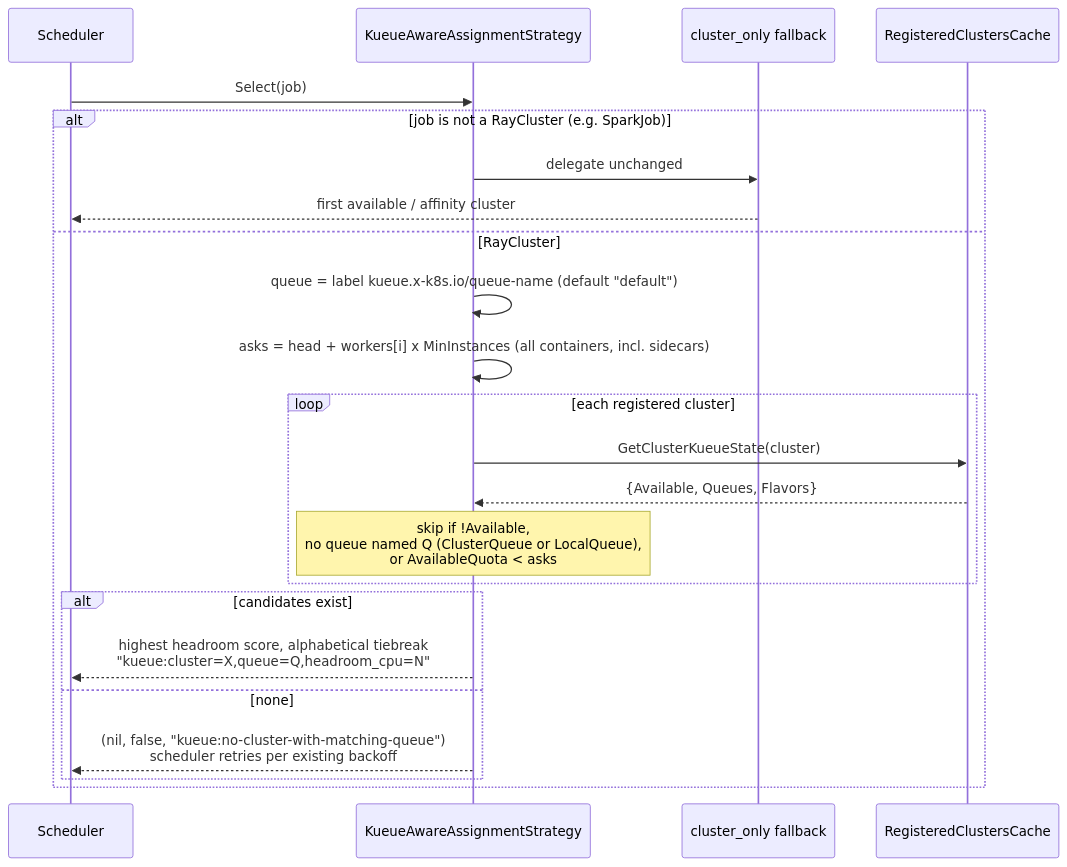
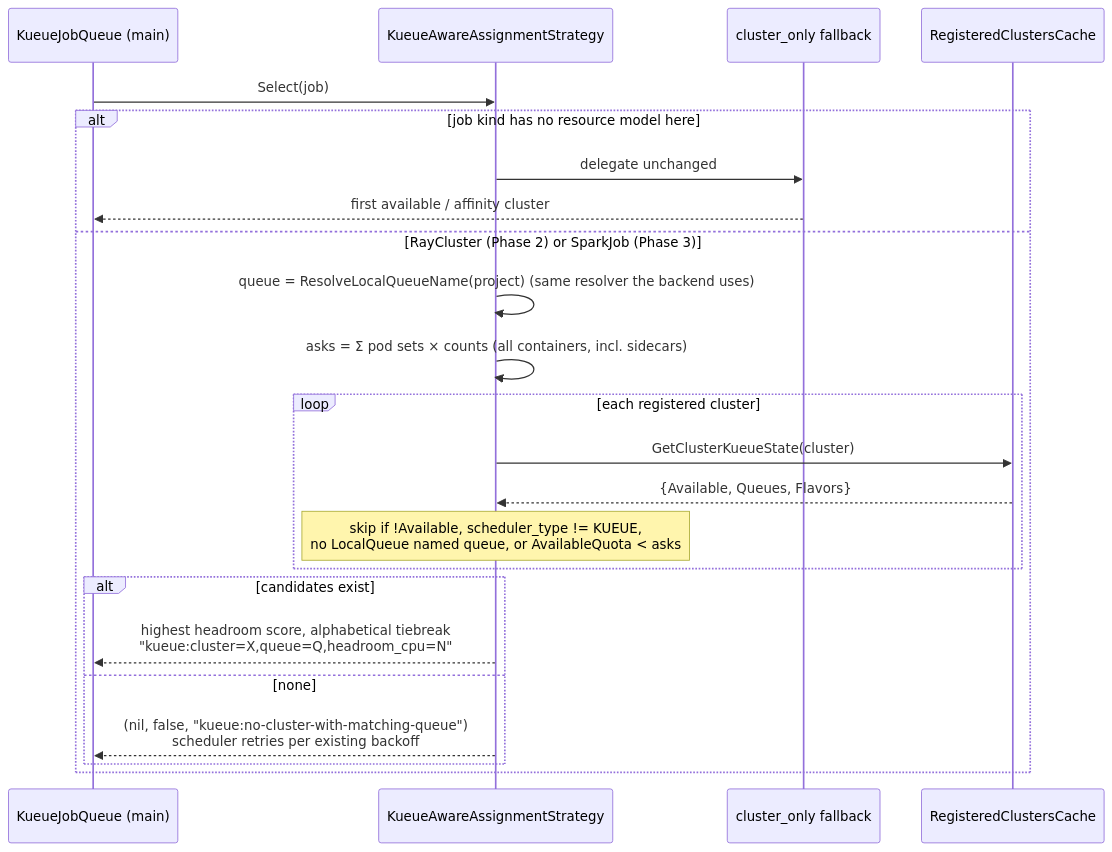
One commit to michelangelo-ai/enhancements changed the second of 2 diagrams in rfcs/20260731-kueue-integration/20260731-kueue-integration.md. Above: the diagram before and after it, drawn with Mermaid. The commit also changed other lines of this file, not shown here.

First line of the commit message:
rfc(kueue): reposition on the merged Kueue backend; add Spark and queue-object placement

````diff
--- a/rfcs/20260731-kueue-integration/20260731-kueue-integration.md
+++ b/rfcs/20260731-kueue-integration/20260731-kueue-integration.md
@@ -87,26 +135,26 @@
 ```mermaid
 sequenceDiagram
-    participant S as Scheduler
+    participant Q as KueueJobQueue (main)
     participant K as KueueAwareAssignmentStrategy
     participant F as cluster_only fallback
     participant C as RegisteredClustersCache
 
-    S->>K: Select(job)
-    alt job is not a RayCluster (e.g. SparkJob)
+    Q->>K: Select(job)
+    alt job kind has no resource model here
         K->>F: delegate unchanged
-        F-->>S: first available / affinity cluster
-    else RayCluster
-        K->>K: queue = label kueue.x-k8s.io/queue-name (default "default")
-        K->>K: asks = head + workers[i] x MinInstances (all containers, incl. sidecars)
+        F-->>Q: first available / affinity cluster
+    else RayCluster (Phase 2) or SparkJob (Phase 3)
+        K->>K: queue = ResolveLocalQueueName(project)   (same resolver the backend uses)
+        K->>K: asks = Σ pod sets × counts (all containers, incl. sidecars)
         loop each registered cluster
             K->>C: GetClusterKueueState(cluster)
             C-->>K: {Available, Queues, Flavors}
-            Note over K: skip if !Available,<br/>no queue named Q (ClusterQueue or LocalQueue),<br/>or AvailableQuota < asks
+            Note over K: skip if !Available, scheduler_type != KUEUE,<br/>no LocalQueue named queue, or AvailableQuota < asks
         end
         alt candidates exist
-            K-->>S: highest headroom score, alphabetical tiebreak<br/>"kueue:cluster=X,queue=Q,headroom_cpu=N"
+            K-->>Q: highest headroom score, alphabetical tiebreak<br/>"kueue:cluster=X,queue=Q,headroom_cpu=N"
         else none
-            K-->>S: (nil, false, "kueue:no-cluster-with-matching-queue")<br/>scheduler retries per existing backoff
+            K-->>Q: (nil, false, "kueue:no-cluster-with-matching-queue")<br/>scheduler retries per existing backoff
         end
     end
 ```
````
